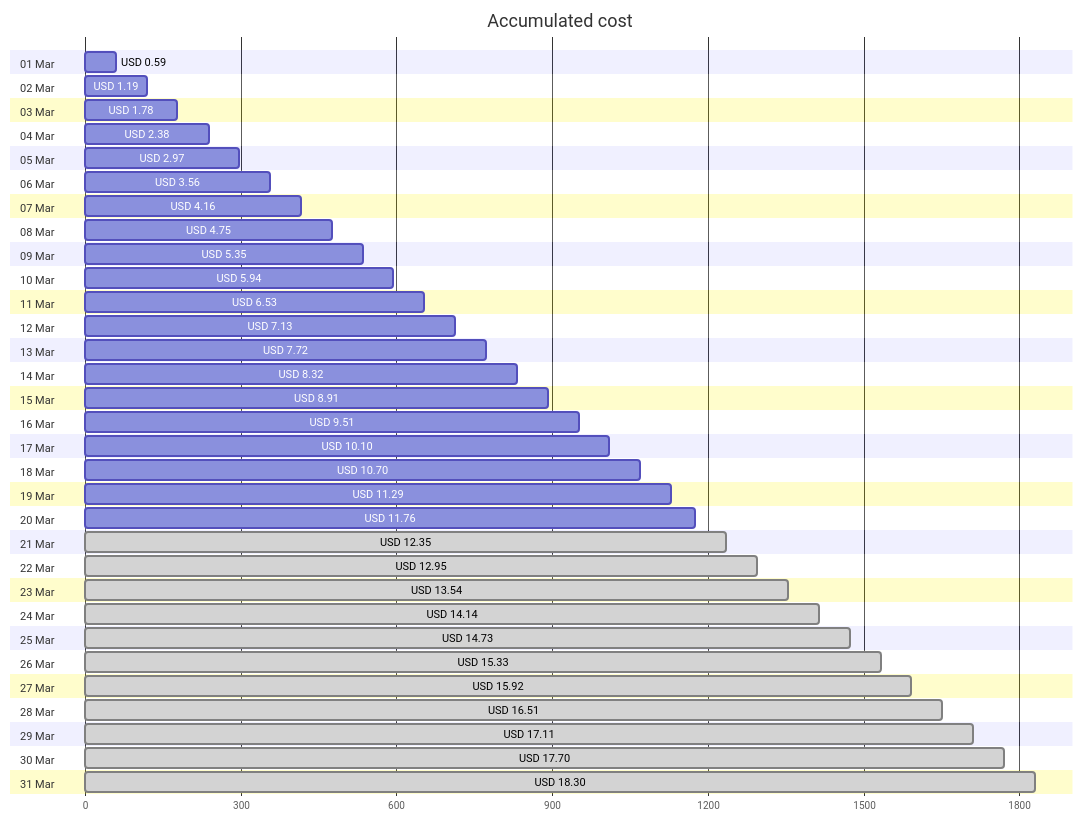
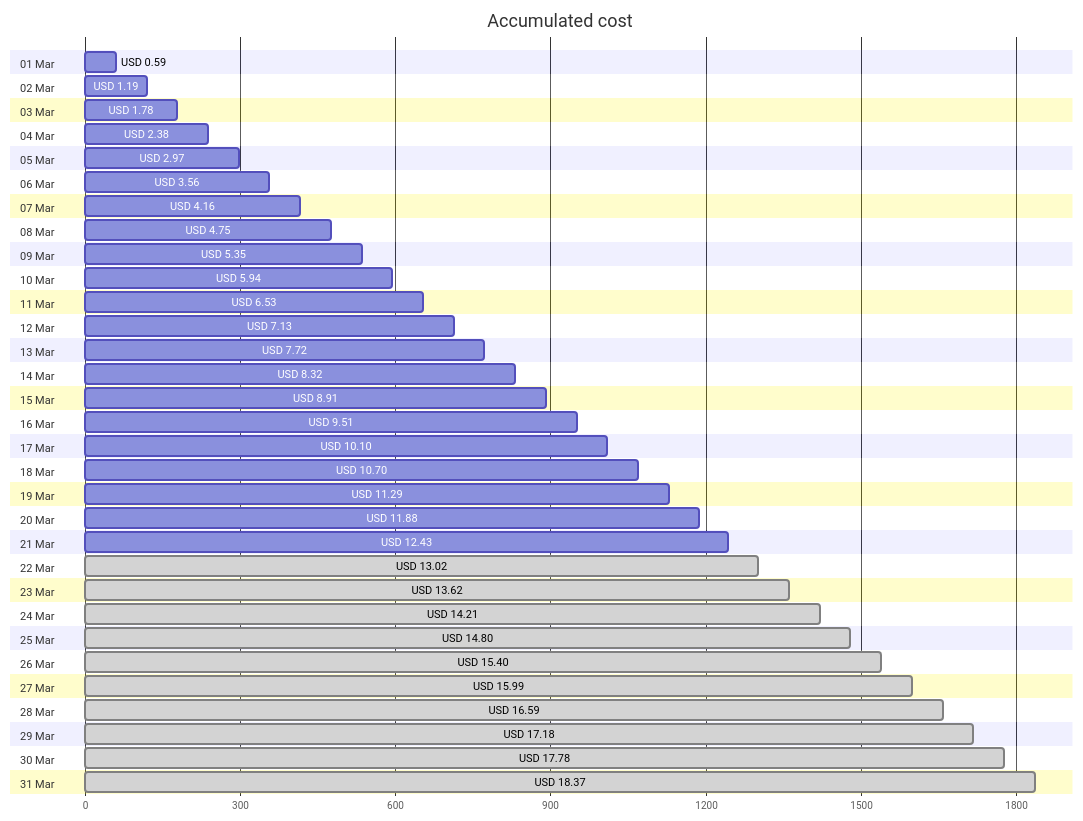
Before and after one commit to jpfulton/azure-personal-reports: the first of 4 diagrams in cost-reports/personal-site/README.md, drawn with Mermaid. The commit also changed other lines of this file and 6 other files, not shown here.

````diff
--- a/cost-reports/personal-site/README.md
+++ b/cost-reports/personal-site/README.md
@@ -20,68 +20,68 @@
 ```mermaid
 gantt
    title Accumulated cost
    dateFormat  X
    axisFormat %s
    section 01 Mar
    USD 0.59 :0, 59
    section 02 Mar
    USD 1.19 :0, 119
    section 03 Mar
    USD 1.78 :0, 178
    section 04 Mar
    USD 2.38 :0, 238
    section 05 Mar
    USD 2.97 :0, 297
    section 06 Mar
    USD 3.56 :0, 356
    section 07 Mar
    USD 4.16 :0, 416
    section 08 Mar
    USD 4.75 :0, 475
    section 09 Mar
    USD 5.35 :0, 535
    section 10 Mar
    USD 5.94 :0, 594
    section 11 Mar
    USD 6.53 :0, 653
    section 12 Mar
    USD 7.13 :0, 713
    section 13 Mar
    USD 7.72 :0, 772
    section 14 Mar
    USD 8.32 :0, 832
    section 15 Mar
    USD 8.91 :0, 891
    section 16 Mar
    USD 9.51 :0, 951
    section 17 Mar
    USD 10.10 :0, 1010
    section 18 Mar
    USD 10.70 :0, 1070
    section 19 Mar
    USD 11.29 :0, 1129
    section 20 Mar
-   USD 11.76 :0, 1176
+   USD 11.88 :0, 1188
    section 21 Mar
-   USD 12.35 : done, 0, 1235
+   USD 12.43 :0, 1243
    section 22 Mar
-   USD 12.95 : done, 0, 1295
+   USD 13.02 : done, 0, 1302
    section 23 Mar
-   USD 13.54 : done, 0, 1354
+   USD 13.62 : done, 0, 1362
    section 24 Mar
-   USD 14.14 : done, 0, 1414
+   USD 14.21 : done, 0, 1421
    section 25 Mar
-   USD 14.73 : done, 0, 1473
+   USD 14.80 : done, 0, 1480
    section 26 Mar
-   USD 15.33 : done, 0, 1533
+   USD 15.40 : done, 0, 1540
    section 27 Mar
-   USD 15.92 : done, 0, 1592
+   USD 15.99 : done, 0, 1599
    section 28 Mar
-   USD 16.51 : done, 0, 1651
+   USD 16.59 : done, 0, 1659
    section 29 Mar
-   USD 17.11 : done, 0, 1711
+   USD 17.18 : done, 0, 1718
    section 30 Mar
-   USD 17.70 : done, 0, 1770
+   USD 17.78 : done, 0, 1778
    section 31 Mar
-   USD 18.30 : done, 0, 1830
+   USD 18.37 : done, 0, 1837
 ```
````
